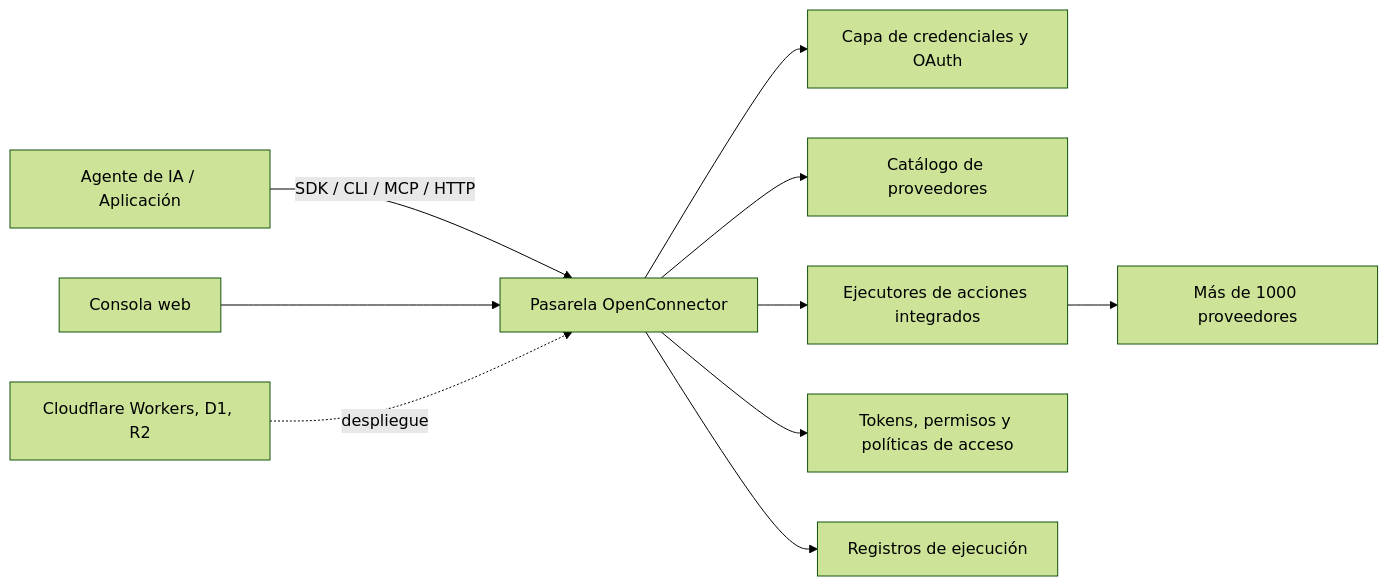
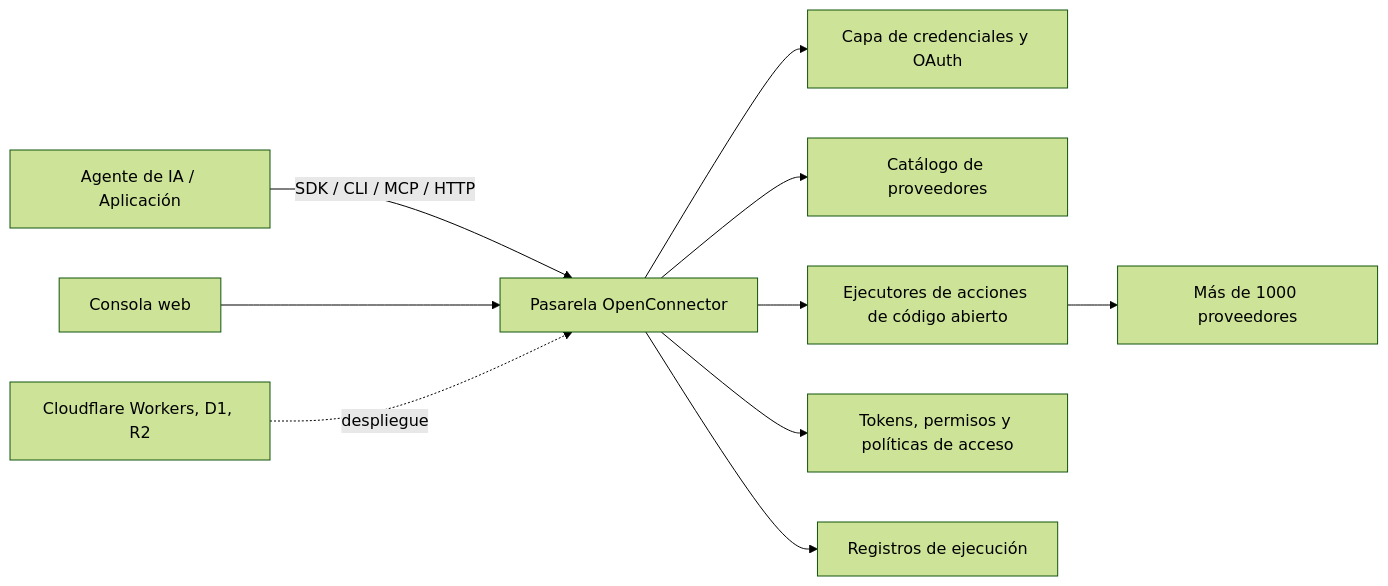
Before and after one commit to oomol-lab/open-connector: the diagram in docs/README.es.md, drawn with Mermaid (forest theme). The commit also changed other lines of this file and 18 other files, not shown here.

````diff
--- a/docs/README.es.md
+++ b/docs/README.es.md
@@ -103,12 +103,12 @@
 ```mermaid
 flowchart LR
   Agent["Agente de IA / Aplicación"] -->|"SDK / CLI / MCP / HTTP"| Gateway["Pasarela OpenConnector"]
   Gateway --> Auth["Capa de credenciales y OAuth"]
   Gateway --> Catalog["Catálogo de proveedores"]
-  Gateway --> Actions["Ejecutores de acciones integrados"]
+  Gateway --> Actions["Ejecutores de acciones de código abierto"]
   Gateway --> Policy["Tokens, permisos y políticas de acceso"]
   Gateway --> Logs["Registros de ejecución"]
   Actions --> Providers["Más de 1000 proveedores"]
   Console["Consola web"] --> Gateway
   Cloudflare["Cloudflare Workers, D1, R2"] -. despliegue .-> Gateway
 ```
````
